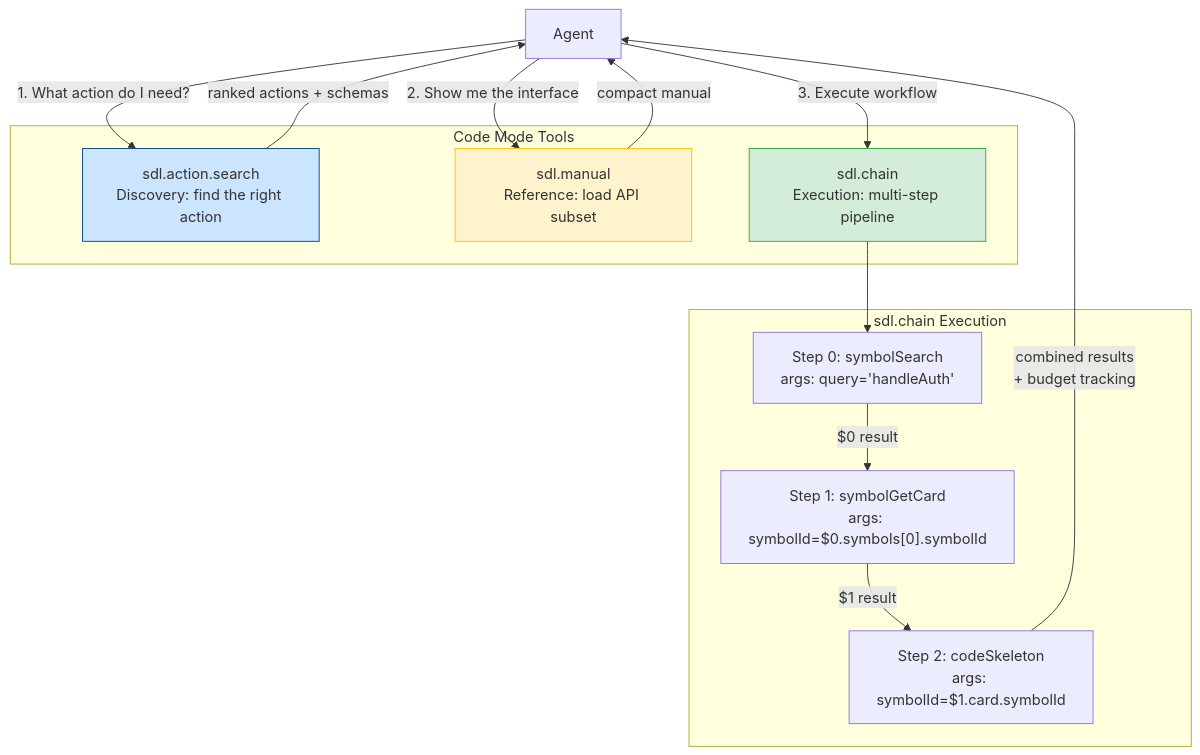
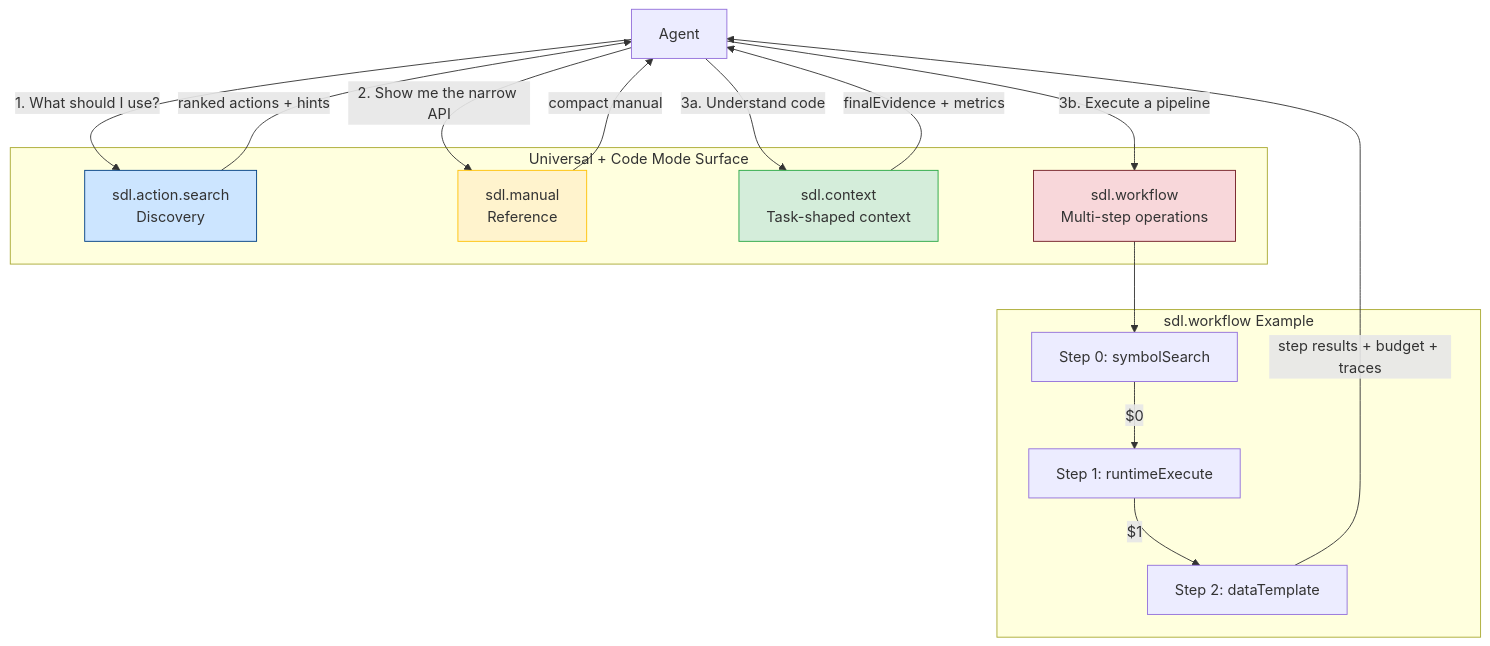
The diagram in docs/feature-deep-dives/code-mode.md (GlitterKill/sdl-mcp), drawn with Mermaid before and after one commit. The commit also changed other lines of this file and 91 other files, not shown here.

Commit message:
refactor: migrate agent orchestration to context workflow APIs

````diff
--- a/docs/feature-deep-dives/code-mode.md
+++ b/docs/feature-deep-dives/code-mode.md
@@ -109,31 +99,35 @@
 ```mermaid
 flowchart TD
     Agent["Agent"]
 
-    subgraph "Code Mode Tools"
-        AS["sdl.action.search<br/>Discovery: find the right action"]
-        MN["sdl.manual<br/>Reference: load API subset"]
-        CH["sdl.chain<br/>Execution: multi-step pipeline"]
+    subgraph "Universal + Code Mode Surface"
+        AS["sdl.action.search<br/>Discovery"]
+        MN["sdl.manual<br/>Reference"]
+        CTX["sdl.context<br/>Task-shaped context"]
+        WF["sdl.workflow<br/>Multi-step operations"]
     end
 
-    Agent -->|"1. What action do I need?"| AS
-    AS -->|"ranked actions + schemas"| Agent
-    Agent -->|"2. Show me the interface"| MN
+    Agent -->|"1. What should I use?"| AS
+    AS -->|"ranked actions + hints"| Agent
+    Agent -->|"2. Show me the narrow API"| MN
     MN -->|"compact manual"| Agent
-    Agent -->|"3. Execute workflow"| CH
+    Agent -->|"3a. Understand code"| CTX
+    Agent -->|"3b. Execute a pipeline"| WF
 
-    subgraph "sdl.chain Execution"
-        S1["Step 0: symbolSearch<br/>args: query='handleAuth'"]
-        S2["Step 1: symbolGetCard<br/>args: symbolId=$0.symbols[0].symbolId"]
-        S3["Step 2: codeSkeleton<br/>args: symbolId=$1.card.symbolId"]
-        S1 -->|"$0 result"| S2
-        S2 -->|"$1 result"| S3
+    subgraph "sdl.workflow Example"
+        S1["Step 0: symbolSearch"]
+        S2["Step 1: runtimeExecute"]
+        S3["Step 2: dataTemplate"]
+        S1 -->|"$0"| S2
+        S2 -->|"$1"| S3
     end
 
-    CH --> S1
-    S3 -->|"combined results<br/>+ budget tracking"| Agent
+    WF --> S1
+    CTX -->|"finalEvidence + metrics"| Agent
+    S3 -->|"step results + budget + traces"| Agent
 
     style AS fill:#cce5ff,stroke:#004085
     style MN fill:#fff3cd,stroke:#ffc107
-    style CH fill:#d4edda,stroke:#28a745
+    style CTX fill:#d4edda,stroke:#28a745
+    style WF fill:#f8d7da,stroke:#721c24
 ```
````
